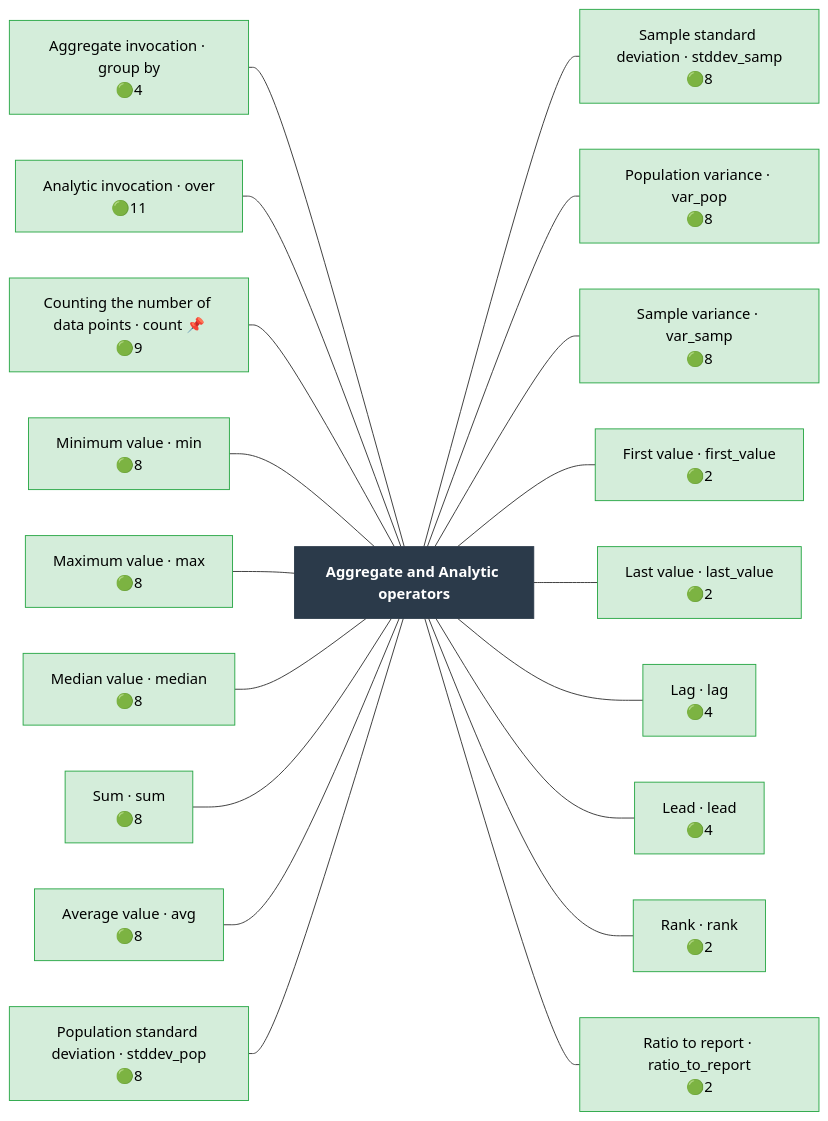
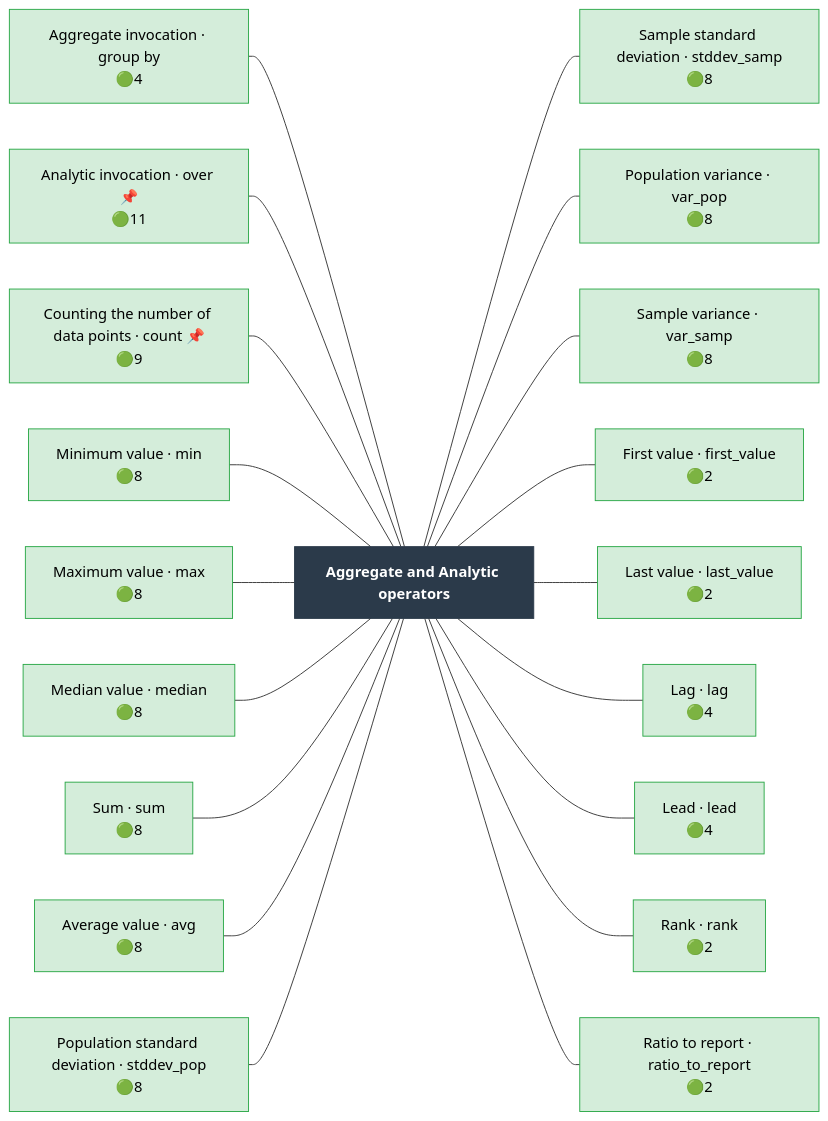
One commit to Meaningful-Data/vtlengine changed the diagram in docs/operator_map/aggregate/index.rst. Above: the diagram before and after it, drawn with Mermaid. The commit also changed 6 other files, not shown here.

```diff
--- a/docs/operator_map/aggregate/index.rst
+++ b/docs/operator_map/aggregate/index.rst
@@ -24,66 +24,66 @@
 .. mermaid::
    :config: {"flowchart": {"useMaxWidth": false}}
 
    flowchart LR
        classDef ok fill:#d4edda,stroke:#28a745,color:#000
        classDef partial fill:#fff3cd,stroke:#ffc107,color:#000
        classDef refused fill:#d4edda,stroke:#28a745,stroke-width:3px,stroke-dasharray: 2 2,color:#000
        classDef missing fill:#f8d7da,stroke:#dc3545,color:#000
        classDef diverge fill:#cce5ff,stroke:#007bff,color:#000
        classDef block fill:#2b3a4a,stroke:#2b3a4a,color:#fff,font-weight:bold
        classDef ext fill:#fff,stroke:#666,color:#000,stroke-dasharray: 5 5
        B["Aggregate and Analytic operators"]:::block
        aggregate__aggregate_invocation["Aggregate invocation · group by<br/>🟢4"]:::ok
-       aggregate__analytic_invocation["Analytic invocation · over<br/>🟢11"]:::ok
+       aggregate__analytic_invocation["Analytic invocation · over 📌<br/>🟢11"]:::ok
        aggregate__count["Counting the number of data points · count 📌<br/>🟢9"]:::ok
        aggregate__min["Minimum value · min<br/>🟢8"]:::ok
        aggregate__max["Maximum value · max<br/>🟢8"]:::ok
        aggregate__median["Median value · median<br/>🟢8"]:::ok
        aggregate__sum["Sum · sum<br/>🟢8"]:::ok
        aggregate__avg["Average value · avg<br/>🟢8"]:::ok
        aggregate__stddev_pop["Population standard deviation · stddev_pop<br/>🟢8"]:::ok
        aggregate__stddev_samp["Sample standard deviation · stddev_samp<br/>🟢8"]:::ok
        aggregate__var_pop["Population variance · var_pop<br/>🟢8"]:::ok
        aggregate__var_samp["Sample variance · var_samp<br/>🟢8"]:::ok
        aggregate__first_value["First value · first_value<br/>🟢2"]:::ok
        aggregate__last_value["Last value · last_value<br/>🟢2"]:::ok
        aggregate__lag["Lag · lag<br/>🟢4"]:::ok
        aggregate__lead["Lead · lead<br/>🟢4"]:::ok
        aggregate__rank["Rank · rank<br/>🟢2"]:::ok
        aggregate__ratio_to_report["Ratio to report · ratio_to_report<br/>🟢2"]:::ok
        aggregate__aggregate_invocation --- B
        aggregate__analytic_invocation --- B
        aggregate__count --- B
        aggregate__min --- B
        aggregate__max --- B
        aggregate__median --- B
        aggregate__sum --- B
        aggregate__avg --- B
        aggregate__stddev_pop --- B
        B --- aggregate__stddev_samp
        B --- aggregate__var_pop
        B --- aggregate__var_samp
        B --- aggregate__first_value
        B --- aggregate__last_value
        B --- aggregate__lag
        B --- aggregate__lead
        B --- aggregate__rank
        B --- aggregate__ratio_to_report
        click aggregate__aggregate_invocation href "aggregate_invocation.html"
        click aggregate__analytic_invocation href "analytic_invocation.html"
        click aggregate__count href "count.html"
        click aggregate__min href "min.html"
        click aggregate__max href "max.html"
        click aggregate__median href "median.html"
        click aggregate__sum href "sum.html"
        click aggregate__avg href "avg.html"
        click aggregate__stddev_pop href "stddev_pop.html"
        click aggregate__stddev_samp href "stddev_samp.html"
        click aggregate__var_pop href "var_pop.html"
        click aggregate__var_samp href "var_samp.html"
        click aggregate__first_value href "first_value.html"
        click aggregate__last_value href "last_value.html"
        click aggregate__lag href "lag.html"
        click aggregate__lead href "lead.html"
        click aggregate__rank href "rank.html"
        click aggregate__ratio_to_report href "ratio_to_report.html"
```
